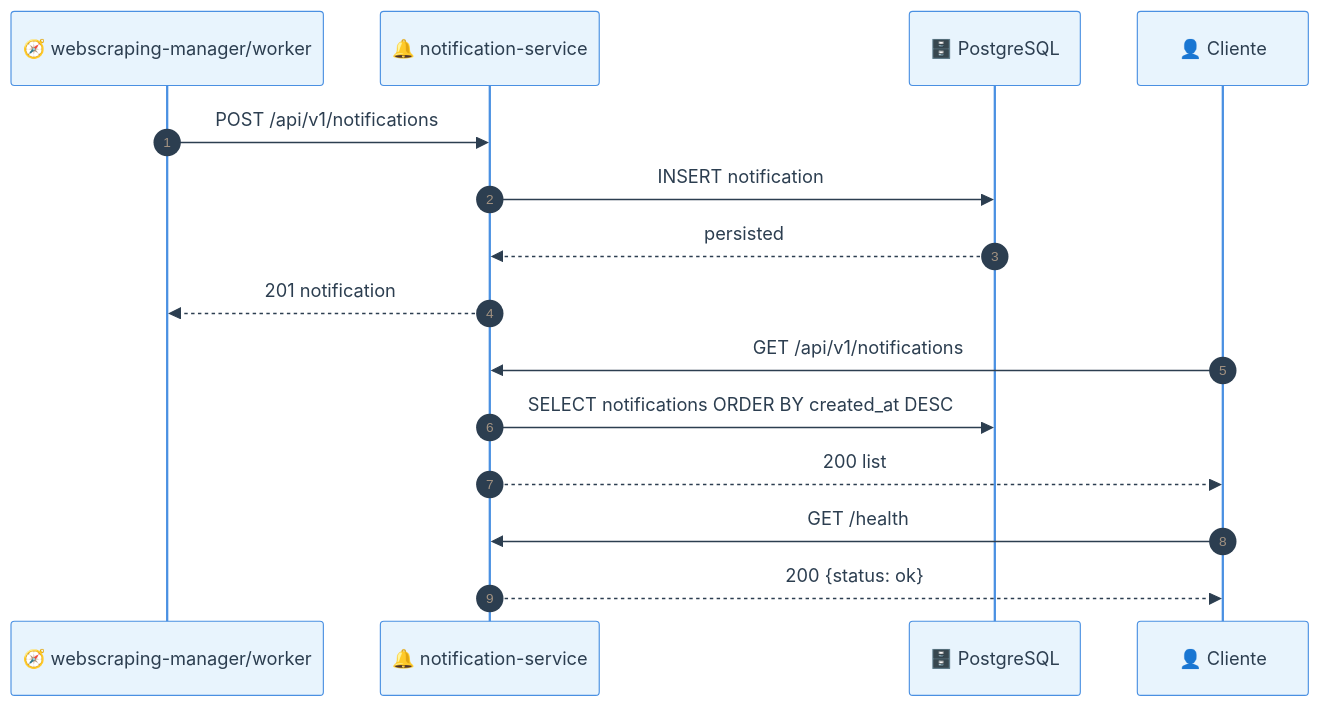
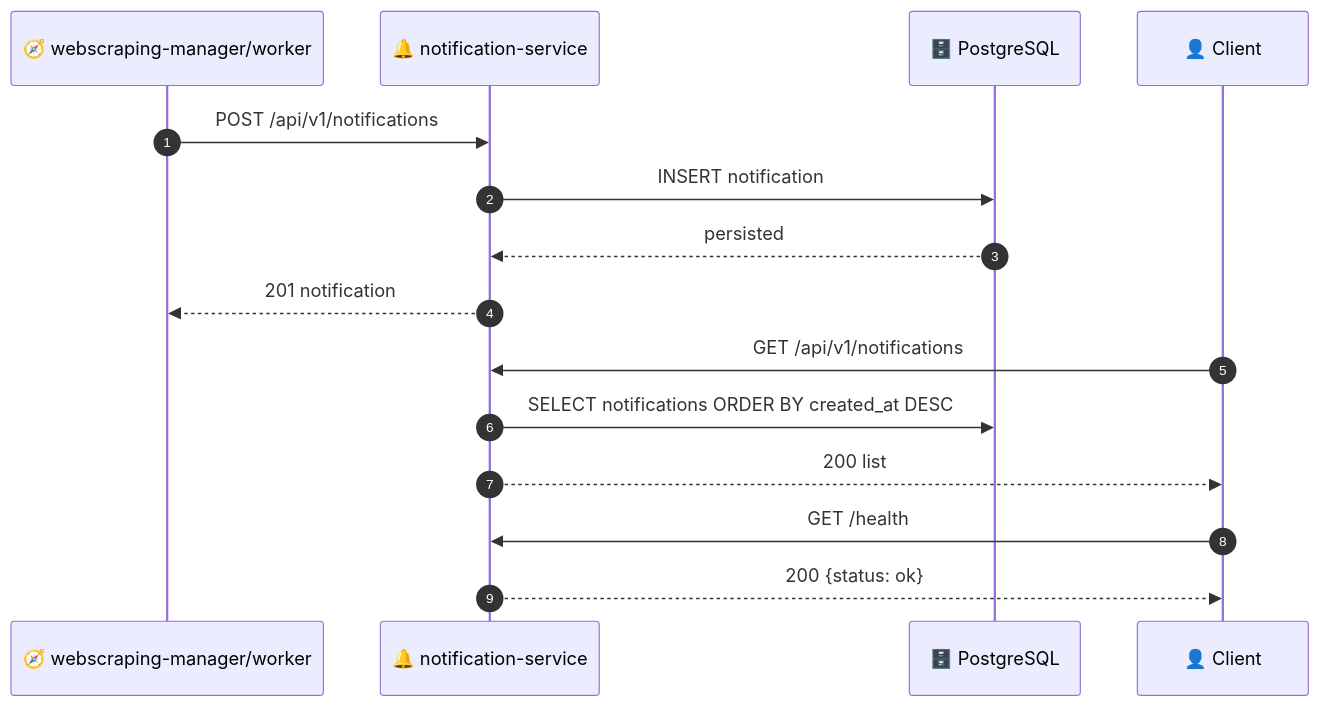
The sixth of 8 diagrams in README.md (enogrob/c2s-webscraping-rails), drawn with Mermaid before and after one commit. The commit also changed other lines of this file and 3 other files, not shown here.

````diff
--- a/README.md
+++ b/README.md
@@ -236,33 +176,20 @@
 ```mermaid
-%%{init: {
-	'theme':'base',
-	'themeVariables': {
-		'primaryColor':'#E8F4FD',
-		'primaryBorderColor':'#4A90E2',
-		'primaryTextColor':'#2C3E50',
-		'secondaryColor':'#F0F8E8',
-		'tertiaryColor':'#FDF2E8',
-		'quaternaryColor':'#F8E8F8',
-		'lineColor':'#5D6D7E',
-		'fontFamily':'Inter,Segoe UI,Arial'
-	}
-}}%%
 sequenceDiagram
 	autonumber
 	participant M as 🧭 webscraping-manager/worker
 	participant N as 🔔 notification-service
 	participant DB as 🗄️ PostgreSQL
-	participant C as 👤 Cliente
+	participant C as 👤 Client
 
 	M->>N: POST /api/v1/notifications
 	N->>DB: INSERT notification
 	DB-->>N: persisted
 	N-->>M: 201 notification
 
 	C->>N: GET /api/v1/notifications
 	N->>DB: SELECT notifications ORDER BY created_at DESC
 	N-->>C: 200 list
 
 	C->>N: GET /health
 	N-->>C: 200 {status: ok}
 ```
````
